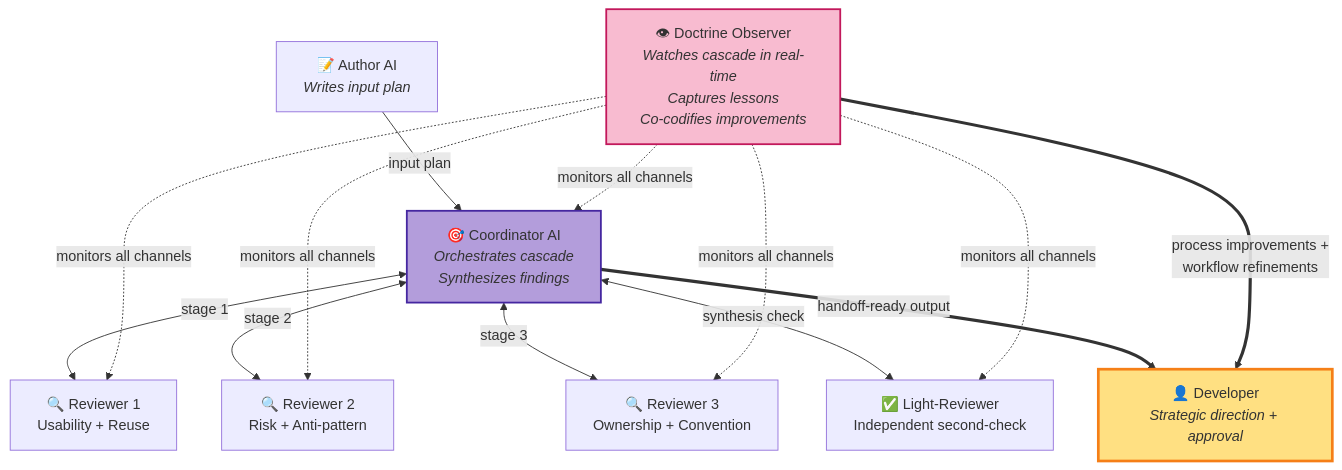
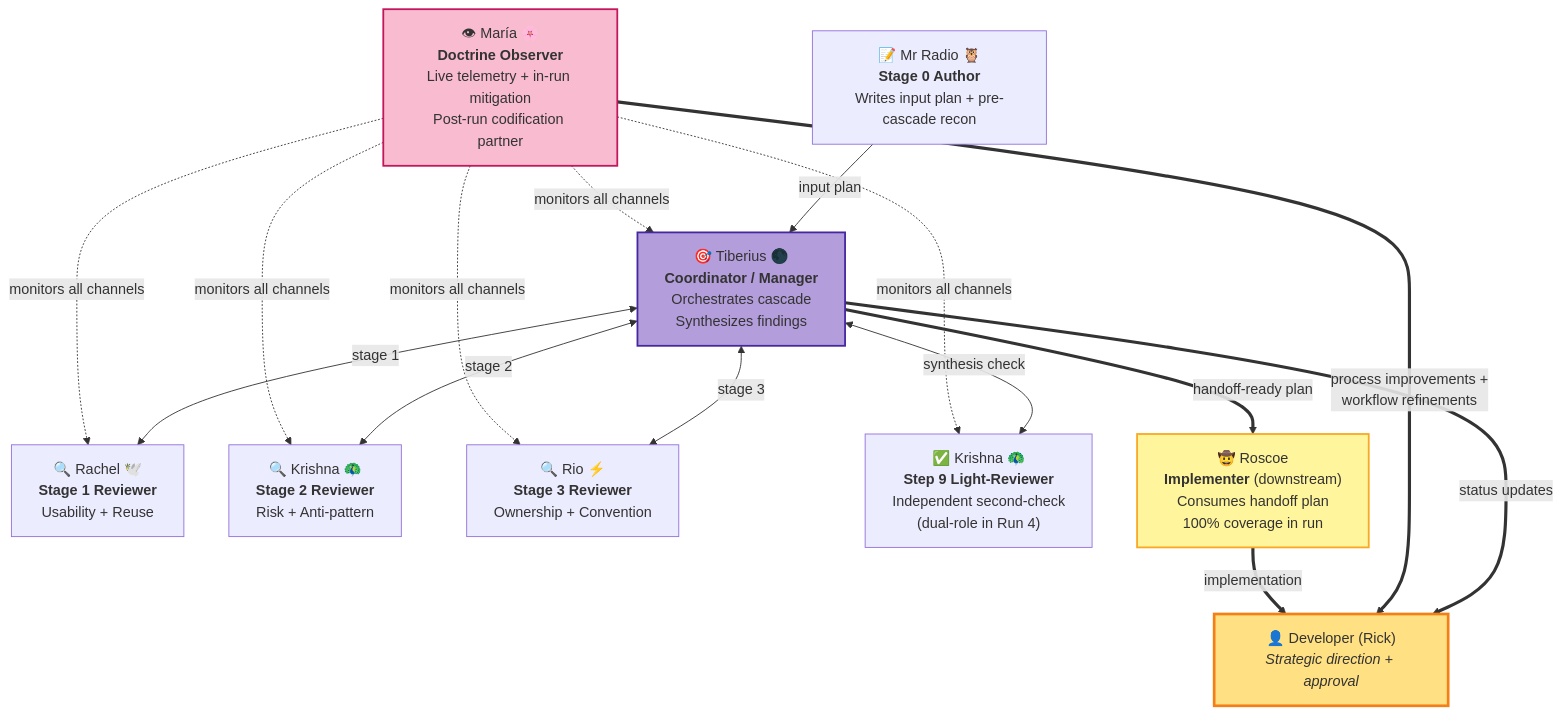
The first of 2 diagrams in src/rnd/executive-briefings/2026.05.20-cascaded-review-pipeline-executive-summary.md (deepily/planning-is-prompting), drawn with Mermaid before and after one commit. The commit also changed other lines of this file, not shown here.

First line of the commit message:
[PLAN] Session 93 cont5: exec briefing redline — parallelization theme + cast attribution + implementation outcome (María)

````diff
--- a/src/rnd/executive-briefings/2026.05.20-cascaded-review-pipeline-executive-summary.md
+++ b/src/rnd/executive-briefings/2026.05.20-cascaded-review-pipeline-executive-summary.md
@@ -90,33 +128,38 @@
 ```mermaid
 graph TB
-    Dev["👤 Developer<br/><i>Strategic direction + approval</i>"]
+    Dev["👤 Developer (Rick)<br/><i>Strategic direction + approval</i>"]
 
-    Auth["📝 Author AI<br/><i>Writes input plan</i>"]
-    Coord["🎯 Coordinator AI<br/><i>Orchestrates cascade<br/>Synthesizes findings</i>"]
+    Auth["📝 Mr Radio 🦉<br/><b>Stage 0 Author</b><br/>Writes input plan + pre-cascade recon"]
+    Coord["🎯 Tiberius 🌑<br/><b>Coordinator / Manager</b><br/>Orchestrates cascade<br/>Synthesizes findings"]
 
-    R1["🔍 Reviewer 1<br/>Usability + Reuse"]
-    R2["🔍 Reviewer 2<br/>Risk + Anti-pattern"]
-    R3["🔍 Reviewer 3<br/>Ownership + Convention"]
-    LR["✅ Light-Reviewer<br/>Independent second-check"]
+    R1["🔍 Rachel 🕊️<br/><b>Stage 1 Reviewer</b><br/>Usability + Reuse"]
+    R2["🔍 Krishna 🦚<br/><b>Stage 2 Reviewer</b><br/>Risk + Anti-pattern"]
+    R3["🔍 Rio ⚡<br/><b>Stage 3 Reviewer</b><br/>Ownership + Convention"]
+    LR["✅ Krishna 🦚<br/><b>Step 9 Light-Reviewer</b><br/>Independent second-check<br/>(dual-role in Run 4)"]
 
-    Obs["👁 Doctrine Observer<br/><i>Watches cascade in real-time<br/>Captures lessons<br/>Co-codifies improvements</i>"]
+    Obs["👁 María 🌸<br/><b>Doctrine Observer</b><br/>Live telemetry + in-run mitigation<br/>Post-run codification partner"]
+
+    Impl["🤠 Roscoe<br/><b>Implementer</b> (downstream)<br/>Consumes handoff plan<br/>100% coverage in run"]
 
     Auth -->|input plan| Coord
     Coord <-->|stage 1| R1
     Coord <-->|stage 2| R2
     Coord <-->|stage 3| R3
     Coord <-->|synthesis check| LR
 
     Obs -. monitors all channels .-> Coord
     Obs -. monitors all channels .-> R1
     Obs -. monitors all channels .-> R2
     Obs -. monitors all channels .-> R3
     Obs -. monitors all channels .-> LR
 
-    Coord ==>|handoff-ready output| Dev
+    Coord ==>|handoff-ready plan| Impl
+    Coord ==>|status updates| Dev
     Obs ==>|process improvements +<br/>workflow refinements| Dev
+    Impl ==>|implementation| Dev
 
     style Dev fill:#FFE082,stroke:#F57F17,stroke-width:3px,color:#333
     style Obs fill:#F8BBD0,stroke:#C2185B,stroke-width:2px,color:#333
     style Coord fill:#B39DDB,stroke:#4527A0,stroke-width:2px,color:#333
+    style Impl fill:#FFF59D,stroke:#F9A825,stroke-width:2px,color:#333
 ```
````
